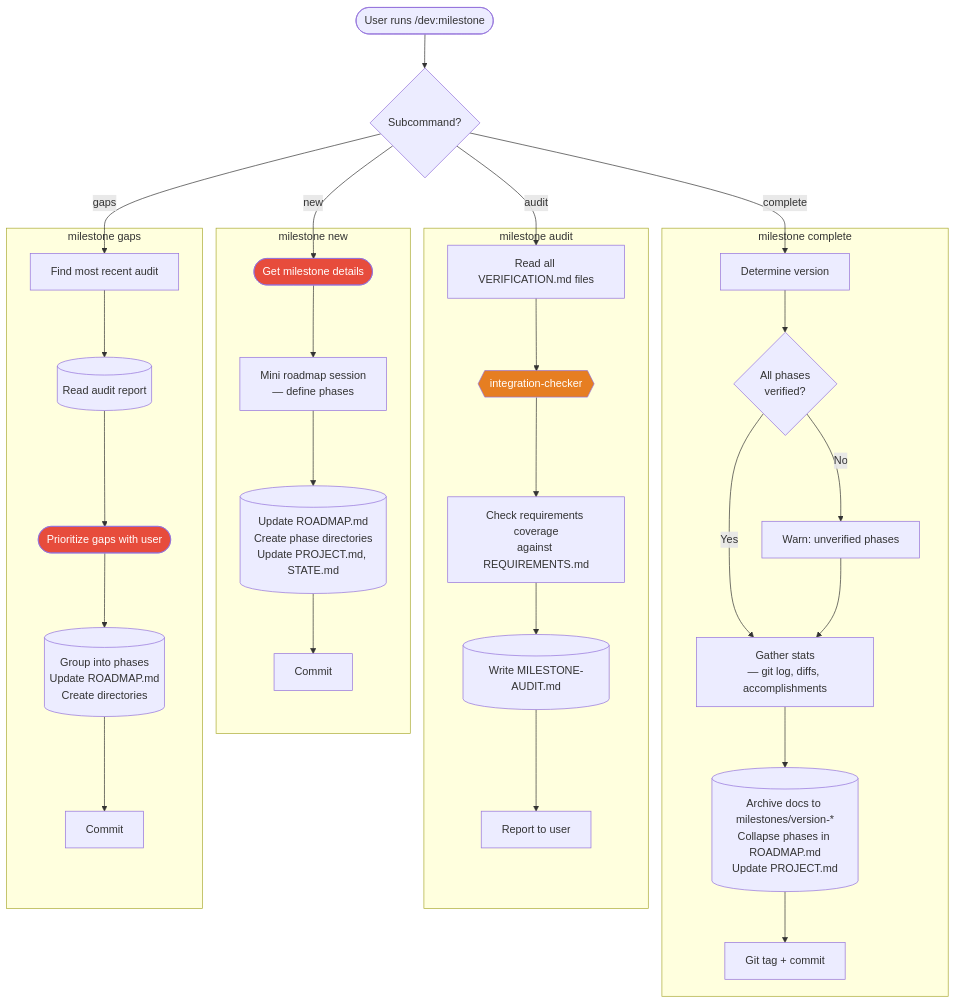
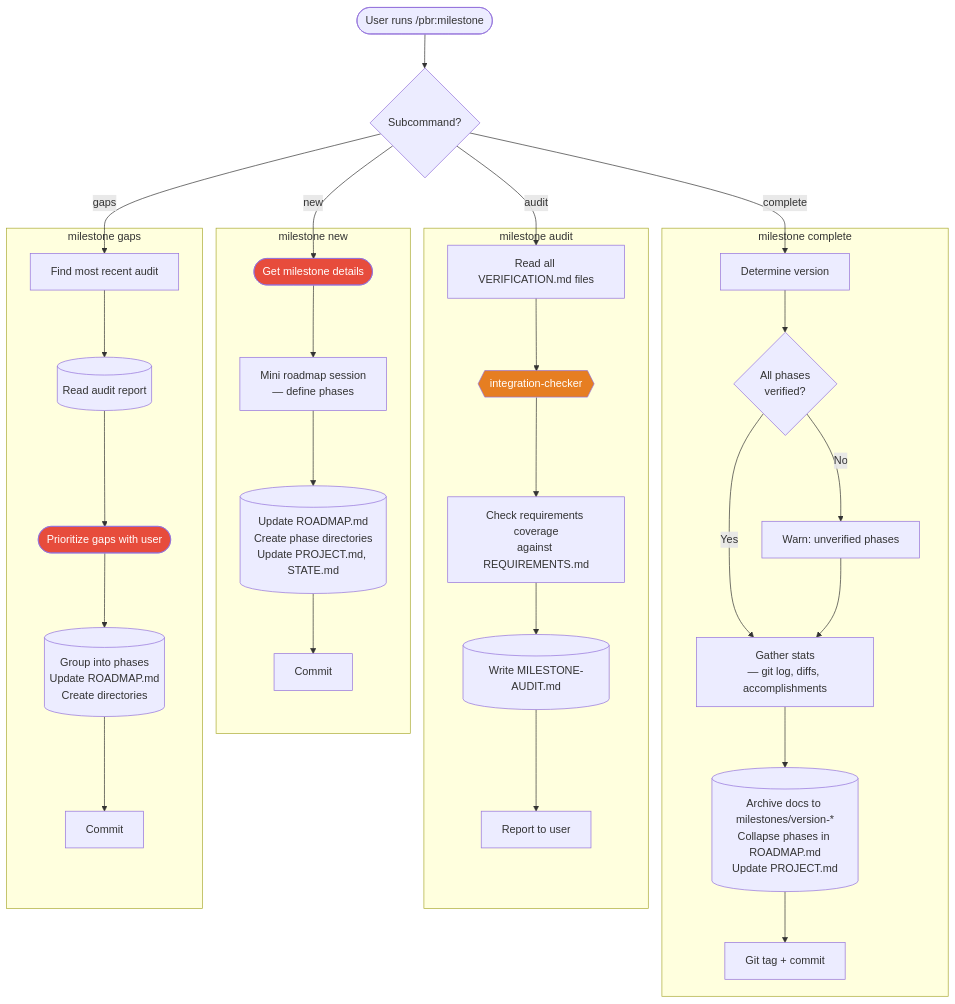
Before and after one commit to SienkLogic/plan-build-run: diagram 12 of 14 in docs/ARCHITECTURE.md, drawn with Mermaid. The commit also changed other lines of this file and 358 other files, not shown here.

````diff
--- a/docs/ARCHITECTURE.md
+++ b/docs/ARCHITECTURE.md
@@ -550,47 +550,47 @@
 ```mermaid
 flowchart TD
-    Start([User runs /dev:milestone]) --> Sub{Subcommand?}
+    Start([User runs /pbr:milestone]) --> Sub{Subcommand?}
 
     Sub -->|new| MNew
     Sub -->|complete| MComplete
     Sub -->|audit| MAudit
     Sub -->|gaps| MGaps
 
     %% --- NEW ---
     subgraph "milestone new"
         MNew([Get milestone details]) --> MNewPlan[Mini roadmap session<br/>— define phases]
         MNewPlan --> MNewWrite[("Update ROADMAP.md<br/>Create phase directories<br/>Update PROJECT.md, STATE.md")]
         MNewWrite --> MNewCommit[Commit]
     end
 
     %% --- COMPLETE ---
     subgraph "milestone complete"
         MComplete[Determine version] --> MCompVerify{All phases<br/>verified?}
         MCompVerify -->|No| MCompWarn[Warn: unverified phases]
         MCompVerify -->|Yes| MCompStats
         MCompWarn --> MCompStats
         MCompStats["Gather stats<br/>— git log, diffs, accomplishments"]
         MCompStats --> MCompArchive[("Archive docs to milestones/version-*<br/>Collapse phases in ROADMAP.md<br/>Update PROJECT.md")]
         MCompArchive --> MCompTag[Git tag + commit]
     end
 
     %% --- AUDIT ---
     subgraph "milestone audit"
         MAudit[Read all VERIFICATION.md files] --> MAuditChecker{{integration-checker}}
         MAuditChecker --> MAuditReqs[Check requirements coverage<br/>against REQUIREMENTS.md]
         MAuditReqs --> MAuditReport[("Write MILESTONE-AUDIT.md")]
         MAuditReport --> MAuditPresent[Report to user]
     end
 
     %% --- GAPS ---
     subgraph "milestone gaps"
         MGaps[Find most recent audit] --> MGapsRead[(Read audit report)]
         MGapsRead --> MGapsPrioritize([Prioritize gaps with user])
         MGapsPrioritize --> MGapsPhases[("Group into phases<br/>Update ROADMAP.md<br/>Create directories")]
         MGapsPhases --> MGapsCommit[Commit]
     end
 
     style MAuditChecker fill:#e67e22,color:#fff
     style MNew fill:#e74c3c,color:#fff
     style MGapsPrioritize fill:#e74c3c,color:#fff
 ```
````
